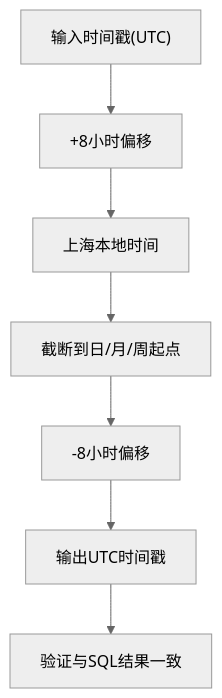
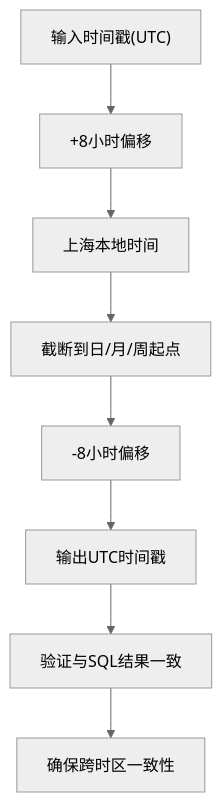
Before and after one commit to rc558620/purelyprofit-server: the fourth of 10 diagrams in .qoder/repowiki/zh/content/业务模块/财务管理模块/财务报表.md, drawn with Mermaid (neutral theme). The commit also changed other lines of this file and 78 other files, not shown here.

````diff
--- a/.qoder/repowiki/zh/content/业务模块/财务管理模块/财务报表.md
+++ b/.qoder/repowiki/zh/content/业务模块/财务管理模块/财务报表.md
@@ -261,9 +289,10 @@
 ```mermaid
 flowchart TD
 Input["输入时间戳(UTC)"] --> AddOffset["+8小时偏移"]
 AddOffset --> LocalTime["上海本地时间"]
 LocalTime --> Truncate["截断到日/月/周起点"]
 Truncate --> SubtractOffset["-8小时偏移"]
 SubtractOffset --> Output["输出UTC时间戳"]
 Output --> Verify["验证与SQL结果一致"]
+Verify --> Consistency["确保跨时区一致性"]
 ```
````
